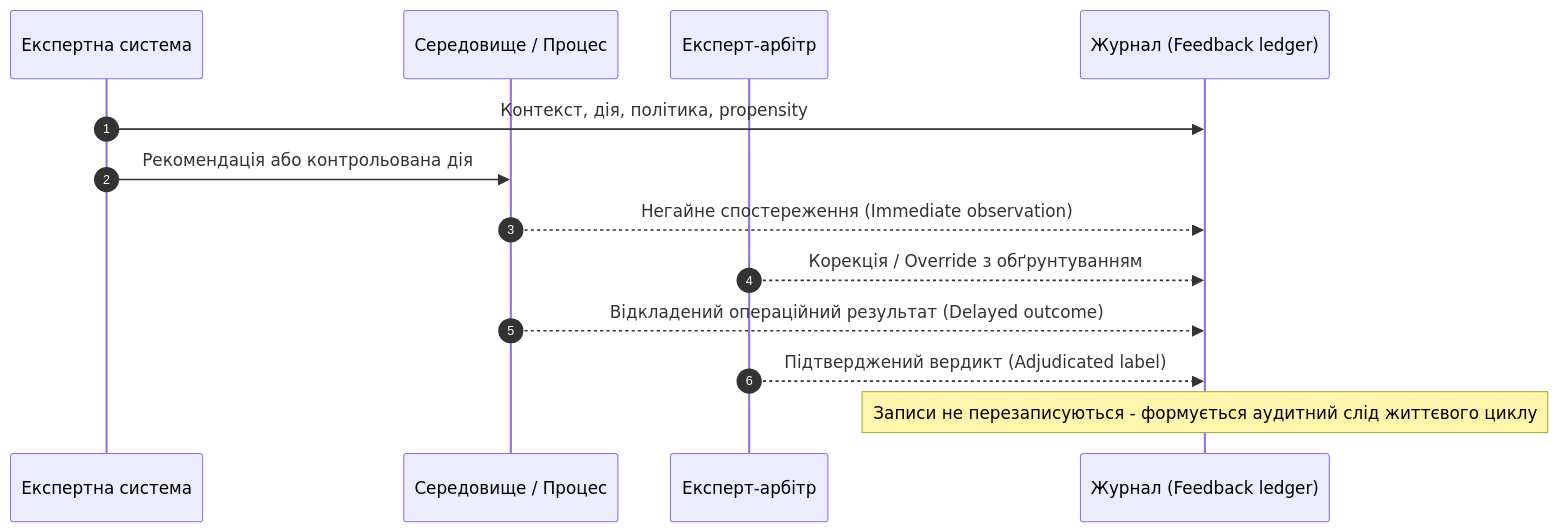
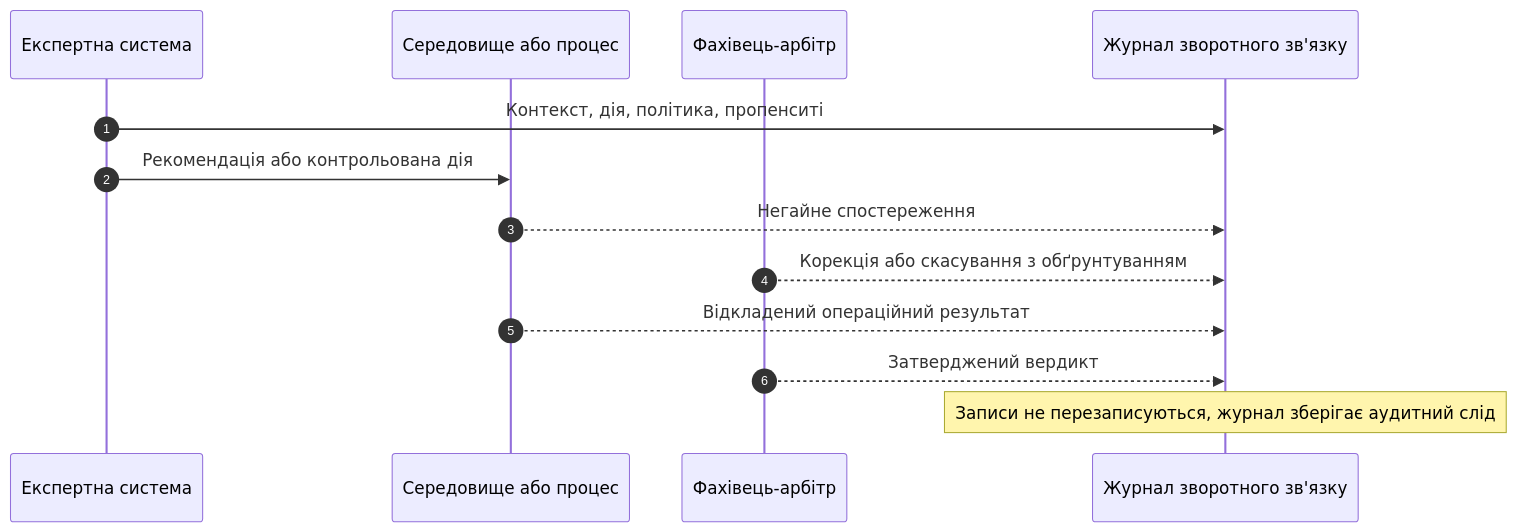
One commit to nick-fedchik/articles changed the second of 7 diagrams in ExpertSystem/ch26-continual-learning.md. Above: the diagram before and after it, drawn with Mermaid. The commit also changed other lines of this file, not shown here.

````diff
--- a/ExpertSystem/ch26-continual-learning.md
+++ b/ExpertSystem/ch26-continual-learning.md
@@ -148,17 +98,17 @@
 ```mermaid
 sequenceDiagram
     autonumber
     accTitle: Послідовність фіксації зворотного зв'язку в журналі досвіду
-    accDescr: Журналювання рекомендації, пропенситі, негайних та відкладених спостережень і вердикту експерта.
+    accDescr: Експертна система журналює контекст, дію й пропенситі, середовище додає негайне й відкладене спостереження, а фахівець додає корекцію та затверджений вердикт.
     participant S as Експертна система
-    participant E as Середовище / Процес
-    participant H as Експерт-арбітр
-    participant L as Журнал (Feedback ledger)
-    S->>L: Контекст, дія, політика, propensity
+    participant E as Середовище або процес
+    participant H as Фахівець-арбітр
+    participant L as Журнал зворотного зв'язку
+    S->>L: Контекст, дія, політика, пропенситі
     S->>E: Рекомендація або контрольована дія
-    E-->>L: Негайне спостереження (Immediate observation)
-    H-->>L: Корекція / Override з обґрунтуванням
-    E-->>L: Відкладений операційний результат (Delayed outcome)
-    H-->>L: Підтверджений вердикт (Adjudicated label)
-    Note over L: Записи не перезаписуються - формується аудитний слід життєвого циклу
+    E-->>L: Негайне спостереження
+    H-->>L: Корекція або скасування з обґрунтуванням
+    E-->>L: Відкладений операційний результат
+    H-->>L: Затверджений вердикт
+    Note over L: Записи не перезаписуються, журнал зберігає аудитний слід
 ```
````
